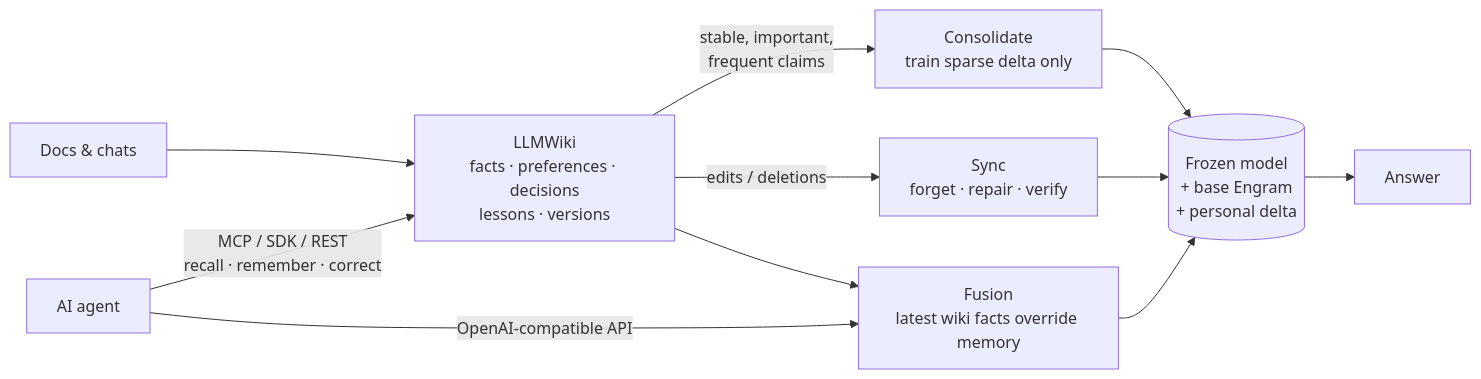
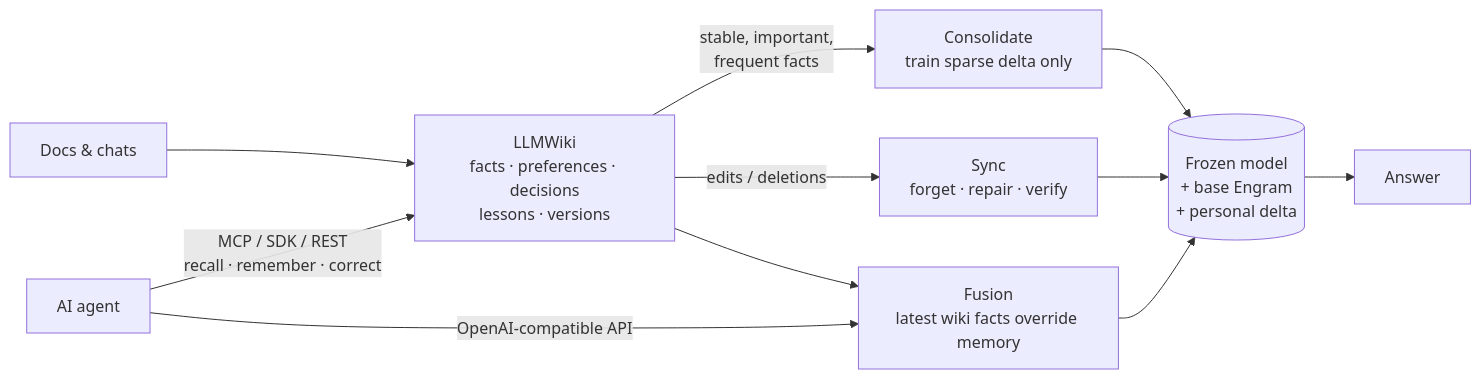
The diagram in README.md (Zihao-Wu06/WikiEngram), drawn with Mermaid before and after one commit. The commit also changed other lines of this file and 2 other files, not shown here.

````diff
--- a/README.md
+++ b/README.md
@@ -48,11 +311,11 @@
 ```mermaid
 flowchart LR
     IN[Docs & chats] --> W[LLMWiki<br/>facts · preferences · decisions<br/>lessons · versions]
     AG[AI agent] -- "MCP / SDK / REST<br/>recall · remember · correct" --> W
     AG -- "OpenAI-compatible API" --> F
-    W -- stable, important,<br/>frequent claims --> C[Consolidate<br/>train sparse delta only]
+    W -- stable, important,<br/>frequent facts --> C[Consolidate<br/>train sparse delta only]
     C --> M[(Frozen model<br/>+ base Engram<br/>+ personal delta)]
     W -- edits / deletions --> S[Sync<br/>forget · repair · verify] --> M
     F[Fusion<br/>latest wiki facts override memory] --> M --> A[Answer]
     W --> F
 ```
````
